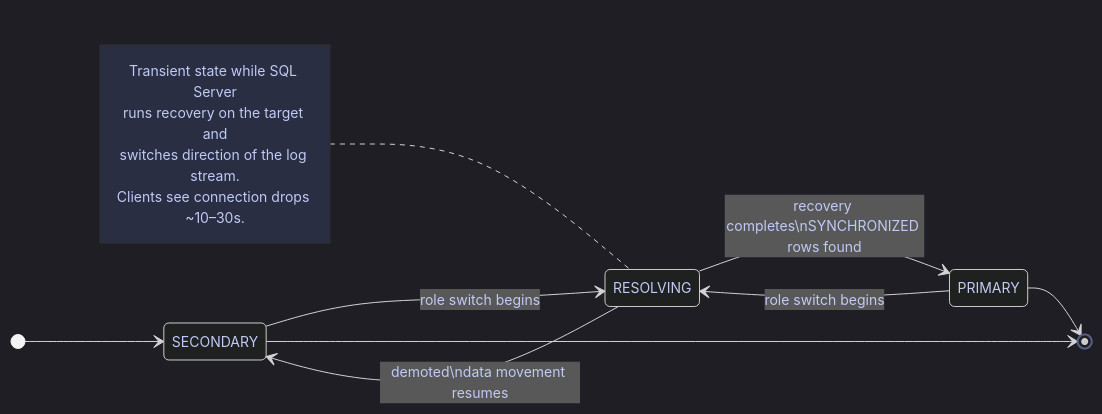
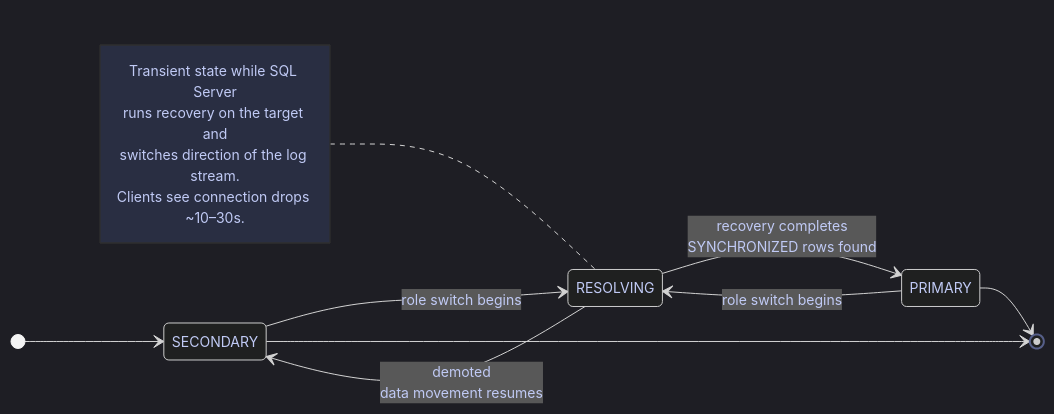
One commit to alp78/elysium changed the third of 3 diagrams in content/04-SQL-Server/01-Server-Operations/09-high-availability-overview.md. Above: the diagram before and after it, drawn with Mermaid. The commit also changed 114 other files, not shown here.

````diff
--- a/content/04-SQL-Server/01-Server-Operations/09-high-availability-overview.md
+++ b/content/04-SQL-Server/01-Server-Operations/09-high-availability-overview.md
@@ -1105,29 +1105,29 @@
 ```mermaid
 %%{init: {'theme': 'dark', 'themeVariables': {
   'primaryColor': '#292e42',
   'primaryTextColor': '#c0caf5',
   'primaryBorderColor': '#565f89',
   'lineColor': '#565f89',
   'secondaryColor': '#1a1b26',
   'tertiaryColor': '#24283b',
   'noteTextColor': '#c0caf5',
   'noteBkgColor': '#292e42',
   'textColor': '#c0caf5',
   'fontSize': '14px'
 }}}%%
 stateDiagram-v2
     direction LR
     [*] --> SECONDARY
     SECONDARY --> RESOLVING: role switch begins
     PRIMARY --> RESOLVING: role switch begins
-    RESOLVING --> PRIMARY: recovery completes\nSYNCHRONIZED rows found
-    RESOLVING --> SECONDARY: demoted\ndata movement resumes
+    RESOLVING --> PRIMARY: recovery completes<br/>SYNCHRONIZED rows found
+    RESOLVING --> SECONDARY: demoted<br/>data movement resumes
     PRIMARY --> [*]
     SECONDARY --> [*]
     note left of RESOLVING
         Transient state while SQL Server
         runs recovery on the target and
         switches direction of the log stream.
         Clients see connection drops ~10–30s.
     end note
 ```
````
